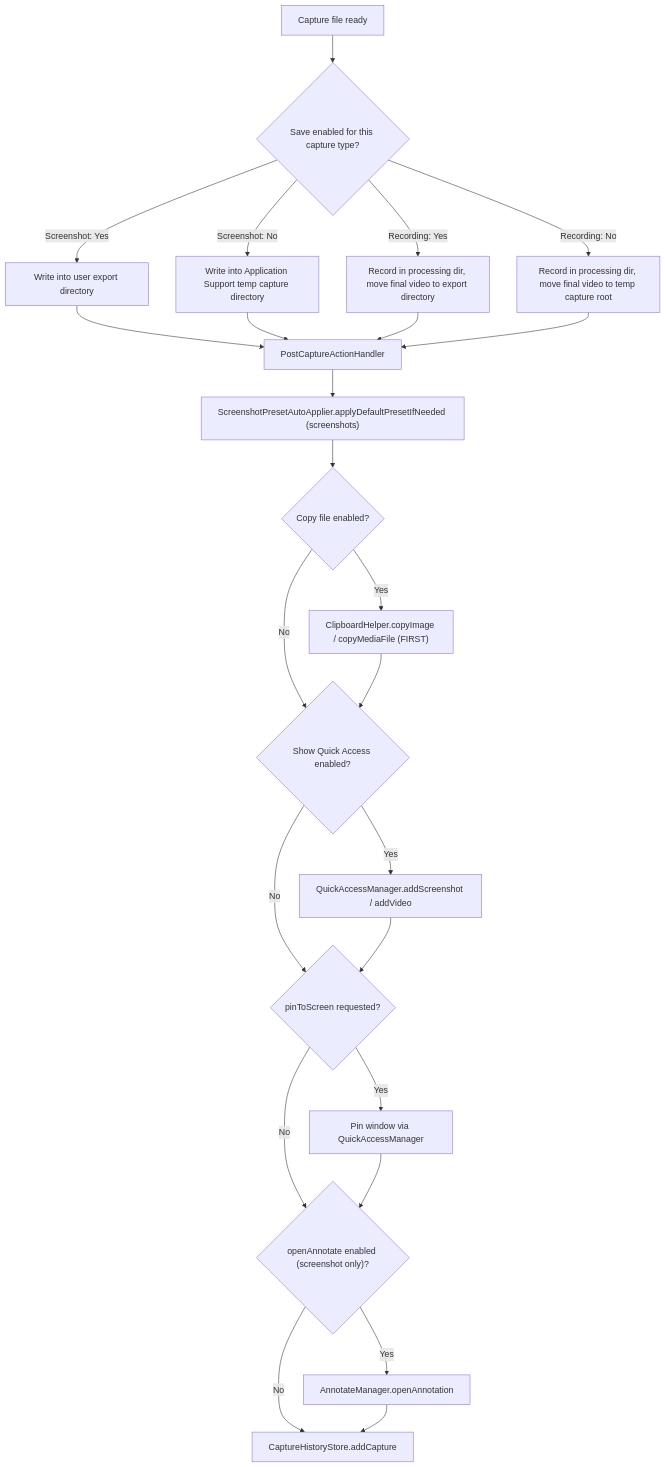
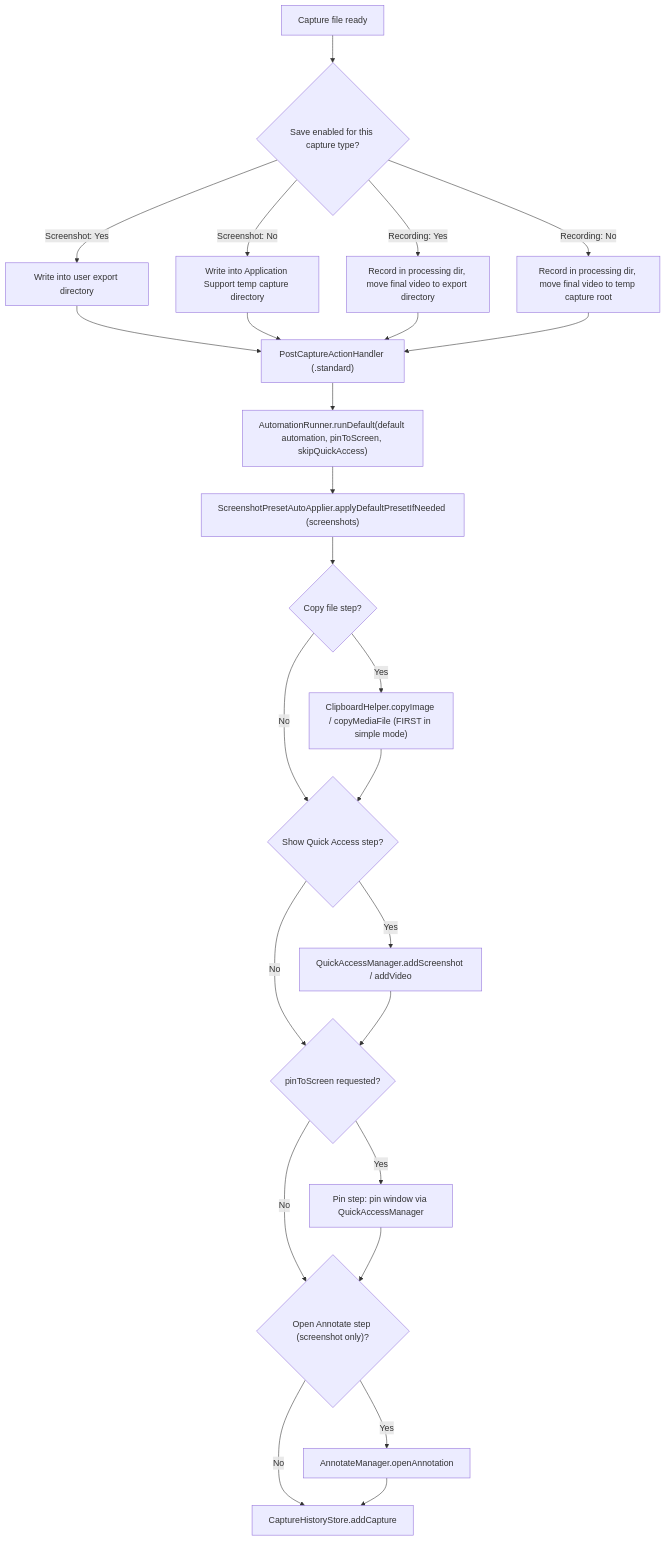
One commit to duongductrong/Snapzy changed the diagram in docs/POST_CAPTURE.md. Above: the diagram before and after it, drawn with Mermaid. The commit also changed other lines of this file and 225 other files, not shown here.

````diff
--- a/docs/POST_CAPTURE.md
+++ b/docs/POST_CAPTURE.md
@@ -27,28 +55,29 @@
 ```mermaid
 flowchart TD
     A["Capture file ready"] --> B{"Save enabled for this capture type?"}
     B -->|Screenshot: Yes| C["Write into user export directory"]
     B -->|Screenshot: No| D["Write into Application Support temp capture directory"]
     B -->|Recording: Yes| E["Record in processing dir, move final video to export directory"]
     B -->|Recording: No| F["Record in processing dir, move final video to temp capture root"]
 
-    C --> G["PostCaptureActionHandler"]
+    C --> G["PostCaptureActionHandler (.standard)"]
     D --> G
     E --> G
     F --> G
 
-    G --> H["ScreenshotPresetAutoApplier.applyDefaultPresetIfNeeded (screenshots)"]
-    H --> I{"Copy file enabled?"}
-    I -->|Yes| J["ClipboardHelper.copyImage / copyMediaFile (FIRST)"]
+    G --> R["AutomationRunner.runDefault(default automation, pinToScreen, skipQuickAccess)"]
+    R --> H["ScreenshotPresetAutoApplier.applyDefaultPresetIfNeeded (screenshots)"]
+    H --> I{"Copy file step?"}
+    I -->|Yes| J["ClipboardHelper.copyImage / copyMediaFile (FIRST in simple mode)"]
     I -->|No| K
-    J --> K{"Show Quick Access enabled?"}
+    J --> K{"Show Quick Access step?"}
     K -->|Yes| L["QuickAccessManager.addScreenshot / addVideo"]
     K -->|No| M
     L --> M{"pinToScreen requested?"}
-    M -->|Yes| N["Pin window via QuickAccessManager"]
+    M -->|Yes| N["Pin step: pin window via QuickAccessManager"]
     M -->|No| O
-    N --> O{"openAnnotate enabled (screenshot only)?"}
+    N --> O{"Open Annotate step (screenshot only)?"}
     O -->|Yes| P["AnnotateManager.openAnnotation"]
     O -->|No| Q
     P --> Q["CaptureHistoryStore.addCapture"]
 ```
````
